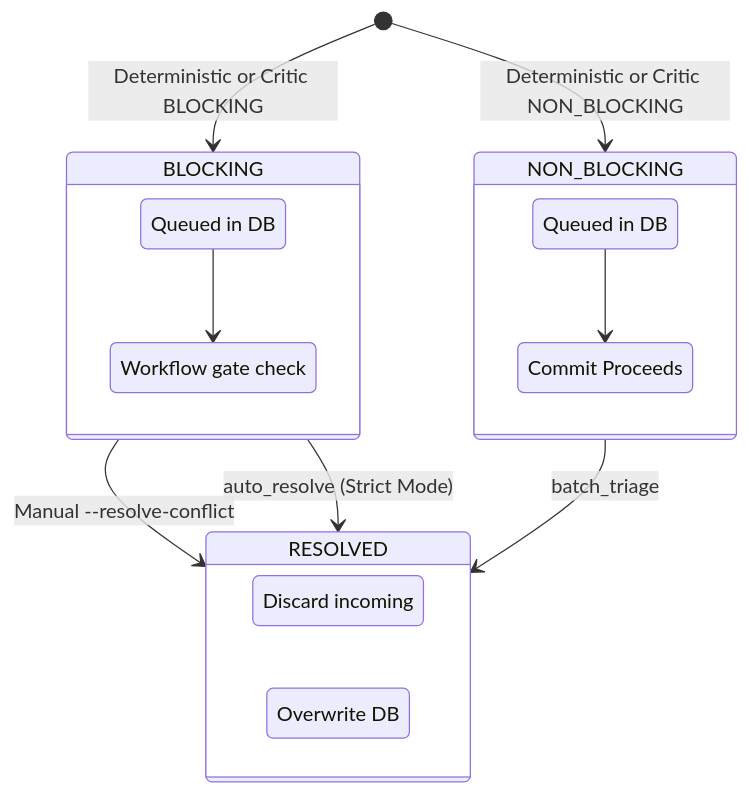
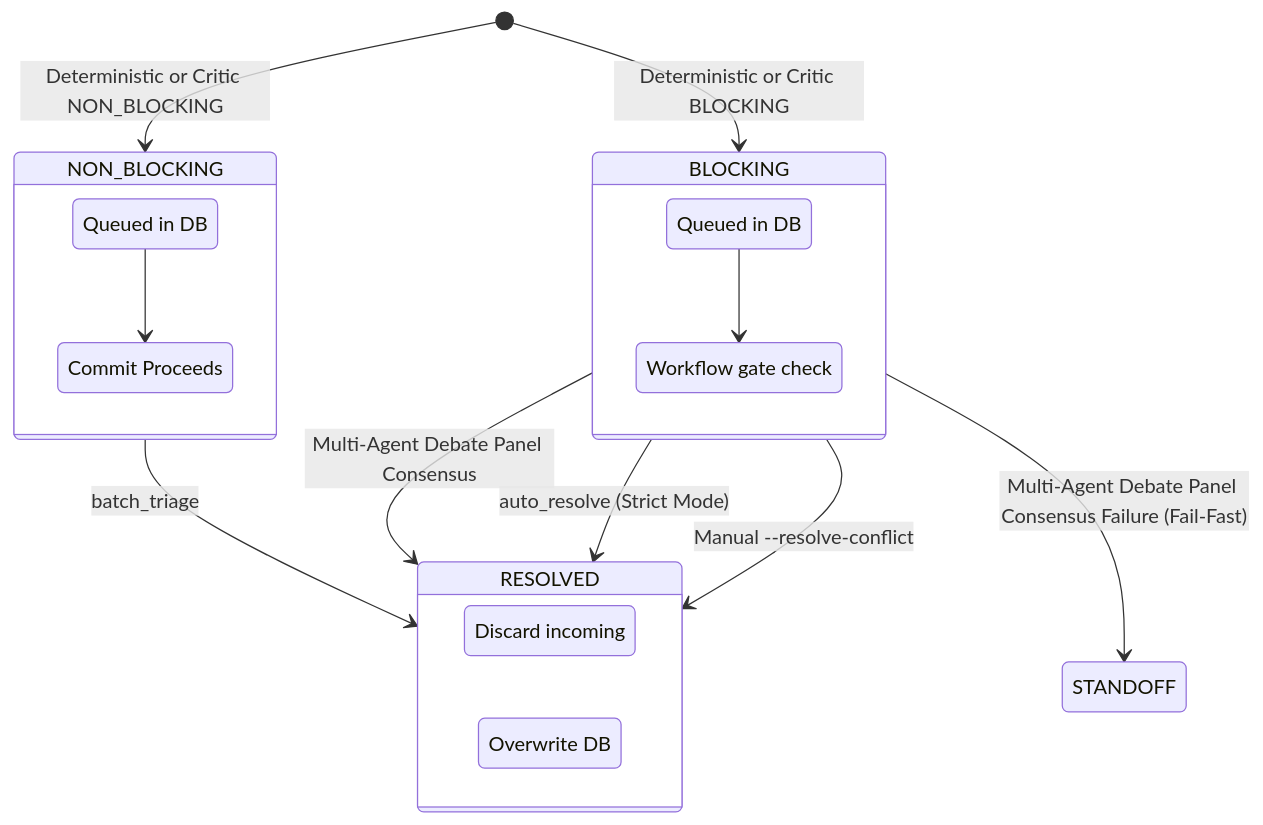
Before and after one commit to AI-Team-Team/AI-Novel: the fourth of 5 diagrams in docs/Flowchart/Conflict_Management.md, drawn with Mermaid. The commit also changed other lines of this file and 10 other files, not shown here.

First line of the commit message:
feat(conflict-resolver): implement multi-agent cooperative debate panel

````diff
--- a/docs/Flowchart/Conflict_Management.md
+++ b/docs/Flowchart/Conflict_Management.md
@@ -96,30 +96,32 @@
 ```mermaid
 stateDiagram-v2
     [*] --> BLOCKING: Deterministic or Critic BLOCKING
     [*] --> NON_BLOCKING: Deterministic or Critic NON_BLOCKING
     
     state BLOCKING {
         direction TB
         B_Queued: Queued in DB
         B_Gate: Workflow gate check
         B_Queued --> B_Gate
     }
 
     state NON_BLOCKING {
         direction TB
         NB_Queued: Queued in DB
         NB_Proceed: Commit Proceeds
         NB_Queued --> NB_Proceed
     }
 
     BLOCKING --> RESOLVED: Manual --resolve-conflict
     BLOCKING --> RESOLVED: auto_resolve (Strict Mode)
+    BLOCKING --> RESOLVED: Multi-Agent Debate Panel Consensus
+    BLOCKING --> STANDOFF: Multi-Agent Debate Panel Consensus Failure (Fail-Fast)
     
     NON_BLOCKING --> RESOLVED: batch_triage
     
     state RESOLVED {
         direction LR
         keep_existing: Discard incoming
         apply_incoming: Overwrite DB
     }
 ```
````
